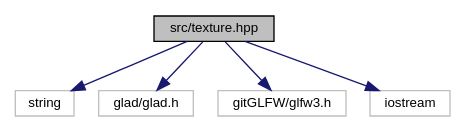
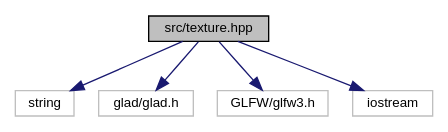
One commit to noah1510/redhand changed the diagram in texture_8hpp__incl.dot. Above: the diagram before and after it, drawn with Graphviz. The commit also changed 96 other files, not shown here.

```diff
--- a/texture_8hpp__incl.dot
+++ b/texture_8hpp__incl.dot
@@ -1,14 +1,14 @@
 digraph "src/texture.hpp"
 {
   edge [fontname="Helvetica",fontsize="10",labelfontname="Helvetica",labelfontsize="10"];
   node [fontname="Helvetica",fontsize="10",shape=record];
   Node0 [label="src/texture.hpp",height=0.2,width=0.4,color="black", fillcolor="grey75", style="filled", fontcolor="black"];
   Node0 -> Node1 [color="midnightblue",fontsize="10",style="solid",fontname="Helvetica"];
   Node1 [label="string",height=0.2,width=0.4,color="grey75", fillcolor="white", style="filled"];
   Node0 -> Node2 [color="midnightblue",fontsize="10",style="solid",fontname="Helvetica"];
   Node2 [label="glad/glad.h",height=0.2,width=0.4,color="grey75", fillcolor="white", style="filled"];
   Node0 -> Node3 [color="midnightblue",fontsize="10",style="solid",fontname="Helvetica"];
-  Node3 [label="gitGLFW/glfw3.h",height=0.2,width=0.4,color="grey75", fillcolor="white", style="filled"];
+  Node3 [label="GLFW/glfw3.h",height=0.2,width=0.4,color="grey75", fillcolor="white", style="filled"];
   Node0 -> Node4 [color="midnightblue",fontsize="10",style="solid",fontname="Helvetica"];
   Node4 [label="iostream",height=0.2,width=0.4,color="grey75", fillcolor="white", style="filled"];
 }
```
